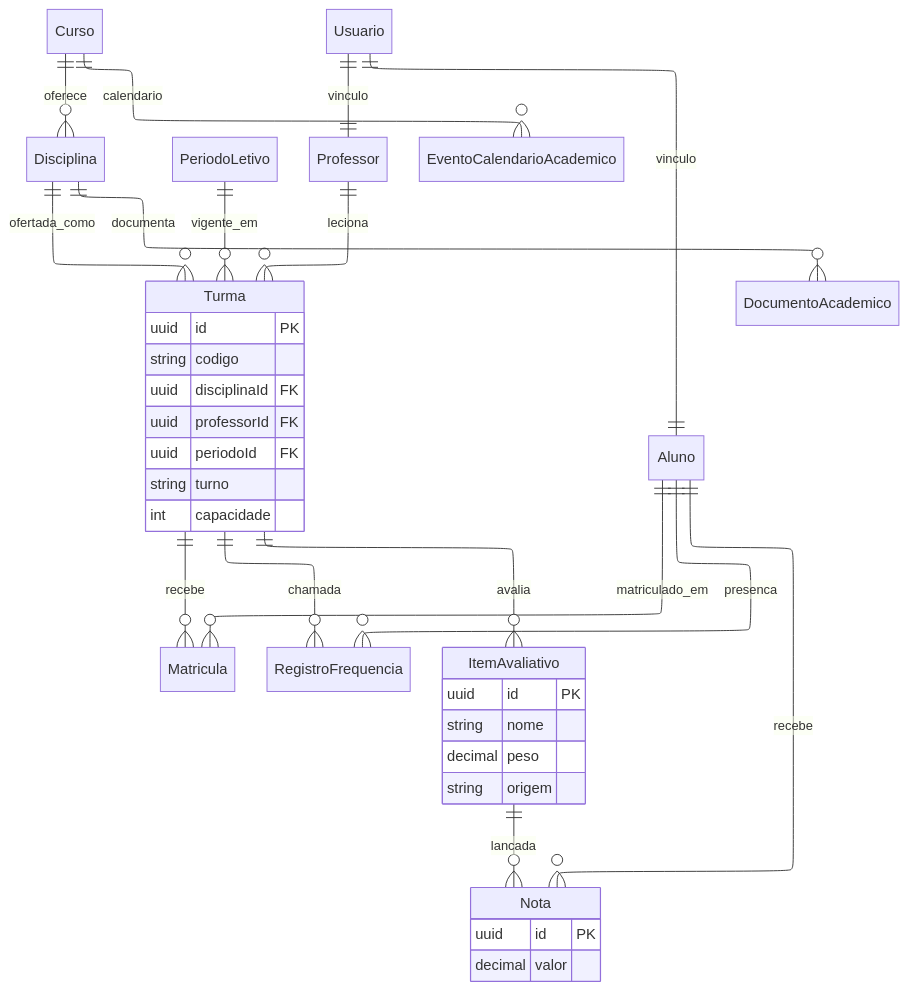
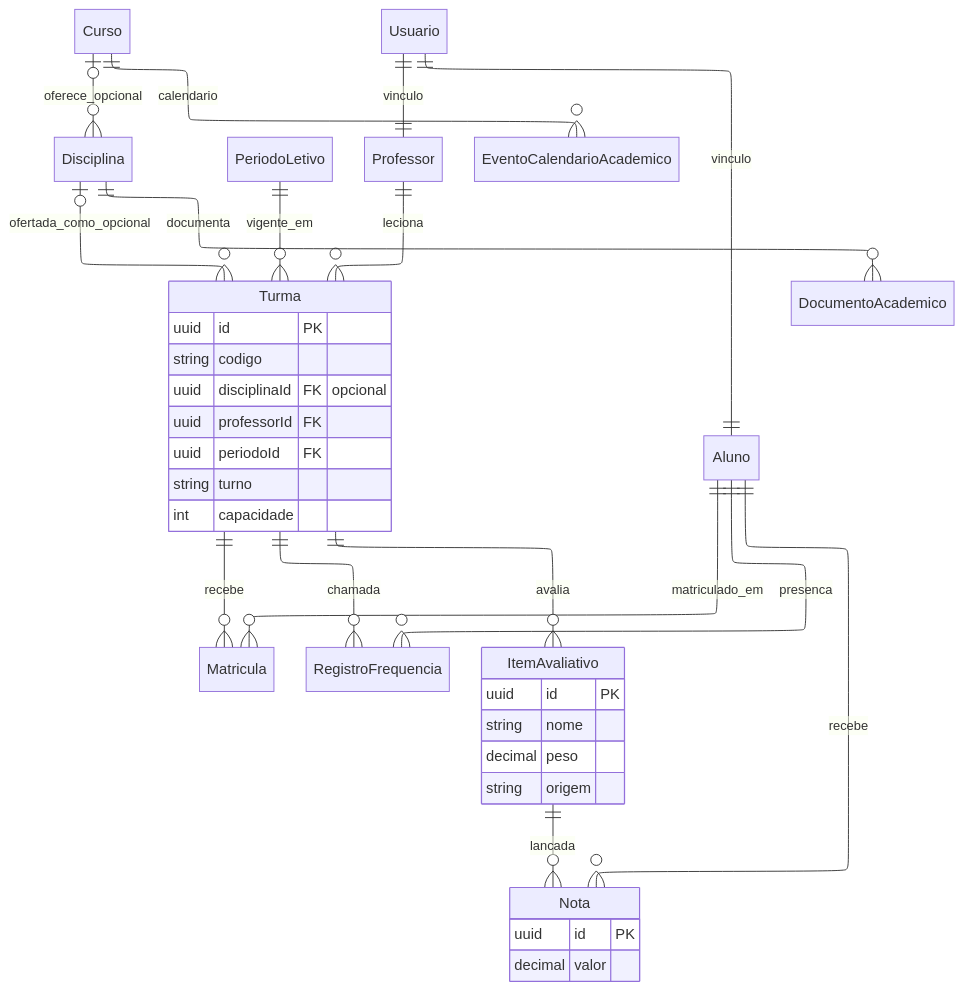
The diagram in docs/diagramas/src/erd-academy.mmd (bebberjoao/RoosterOneBackend), drawn with Mermaid before and after one commit. The commit also changed 15 other files, not shown here.

First line of the commit message:
feat(academy): disciplina sem curso e turma sem disciplina

```diff
--- a/docs/diagramas/src/erd-academy.mmd
+++ b/docs/diagramas/src/erd-academy.mmd
@@ -1,37 +1,37 @@
 %%{init: {"layout":"elk","er":{"entityPadding":8,"minEntityWidth":60,"diagramPadding":8}}}%%
 erDiagram
-  Curso ||--o{ Disciplina : oferece
+  Curso |o--o{ Disciplina : oferece_opcional
   PeriodoLetivo ||--o{ Turma : vigente_em
-  Disciplina ||--o{ Turma : ofertada_como
+  Disciplina |o--o{ Turma : ofertada_como_opcional
   Professor ||--o{ Turma : leciona
   Usuario ||--|| Professor : vinculo
   Usuario ||--|| Aluno : vinculo
   Turma ||--o{ Matricula : recebe
   Aluno ||--o{ Matricula : matriculado_em
   Turma ||--o{ RegistroFrequencia : chamada
   Aluno ||--o{ RegistroFrequencia : presenca
   Turma ||--o{ ItemAvaliativo : avalia
   ItemAvaliativo ||--o{ Nota : lancada
   Aluno ||--o{ Nota : recebe
   Curso ||--o{ EventoCalendarioAcademico : calendario
   Disciplina ||--o{ DocumentoAcademico : documenta
 
   Turma {
     uuid id PK
     string codigo
-    uuid disciplinaId FK
+    uuid disciplinaId FK "opcional"
     uuid professorId FK
     uuid periodoId FK
     string turno
     int capacidade
   }
   ItemAvaliativo {
     uuid id PK
     string nome
     decimal peso
     string origem
   }
   Nota {
     uuid id PK
     decimal valor
   }
```
